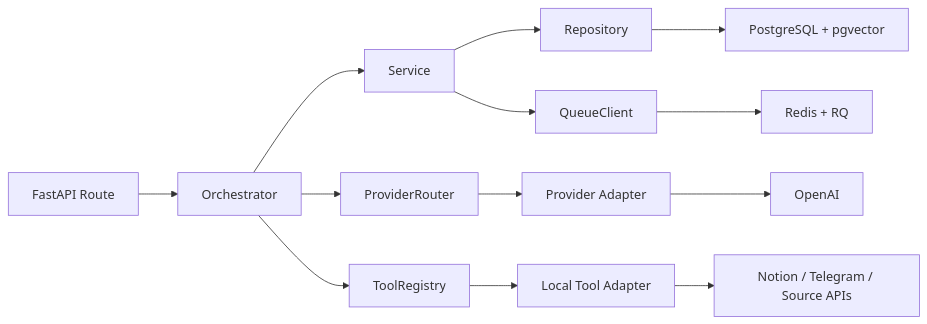
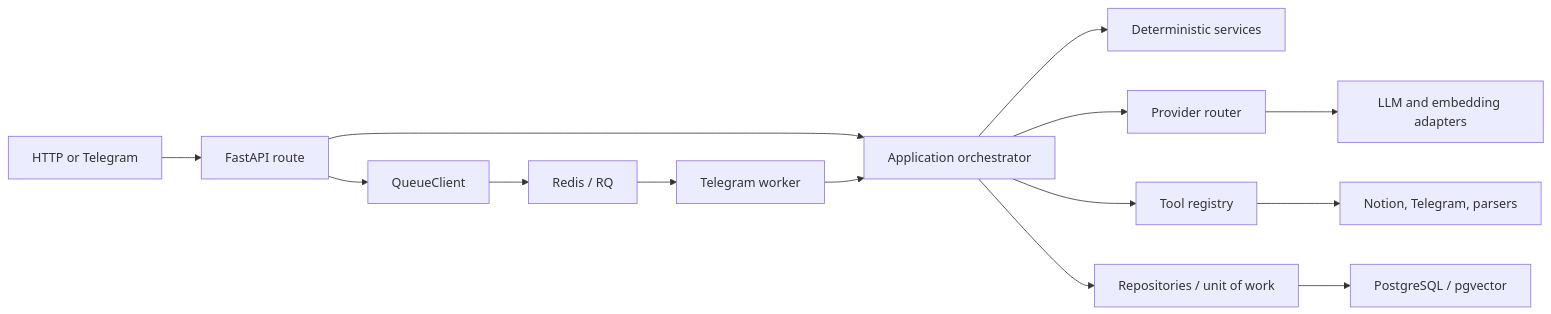
The diagram in docs/00-design-doc.md (rileylai/learnloop-agent), drawn with Mermaid before and after one commit. The commit also changed other lines of this file and 35 other files, not shown here.

````diff
--- a/docs/00-design-doc.md
+++ b/docs/00-design-doc.md
@@ -233,15 +77,16 @@
 ```mermaid
 flowchart LR
-    Route["FastAPI Route"] --> Orchestrator["Orchestrator"]
-    Orchestrator --> Service["Service"]
-    Orchestrator --> Router["ProviderRouter"]
-    Orchestrator --> Registry["ToolRegistry"]
-    Service --> Repository["Repository"]
-    Router --> Provider["Provider Adapter"]
-    Registry --> Tool["Local Tool Adapter"]
-    Repository --> PostgreSQL["PostgreSQL + pgvector"]
-    Service --> Queue["QueueClient"]
-    Queue --> Redis["Redis + RQ"]
-    Provider --> OpenAI["OpenAI"]
-    Tool --> External["Notion / Telegram / Source APIs"]
+    Client["HTTP or Telegram"] --> Route["FastAPI route"]
+    Route --> Orchestrator["Application orchestrator"]
+    Orchestrator --> Policy["Deterministic services"]
+    Orchestrator --> Provider["Provider router"]
+    Orchestrator --> Tools["Tool registry"]
+    Orchestrator --> Repository["Repositories / unit of work"]
+    Provider --> LLM["LLM and embedding adapters"]
+    Tools --> External["Notion, Telegram, parsers"]
+    Repository --> Database["PostgreSQL / pgvector"]
+    Route --> Queue["QueueClient"]
+    Queue --> Redis["Redis / RQ"]
+    Redis --> Worker["Telegram worker"]
+    Worker --> Orchestrator
 ```
````
